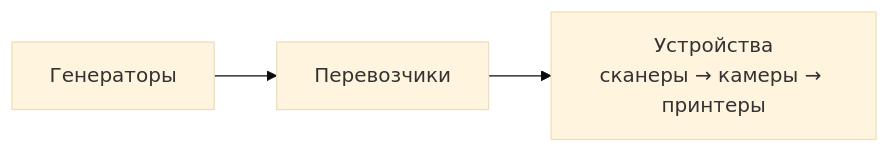
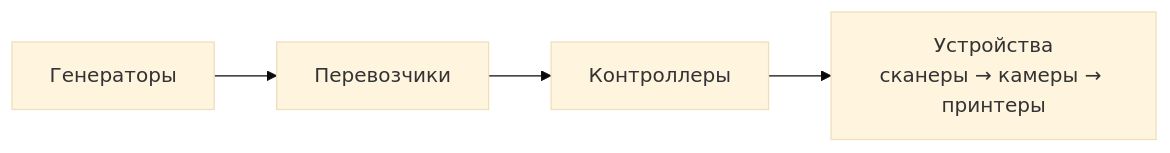
The second of 2 diagrams in docs/line_emulator/bulk-control.md (Kellerian/ProdLineVirt), drawn with Mermaid (base theme) before and after one commit. The commit also changed other lines of this file and 49 other files, not shown here.

````diff
--- a/docs/line_emulator/bulk-control.md
+++ b/docs/line_emulator/bulk-control.md
@@ -77,5 +82,6 @@
 ```mermaid
 flowchart LR
     G["Генераторы"] --> T["Перевозчики"]
-    T --> D["Устройства\nсканеры → камеры → принтеры"]
+    T --> C["Контроллеры"]
+    C --> D["Устройства\nсканеры → камеры → принтеры"]
 ```
````
